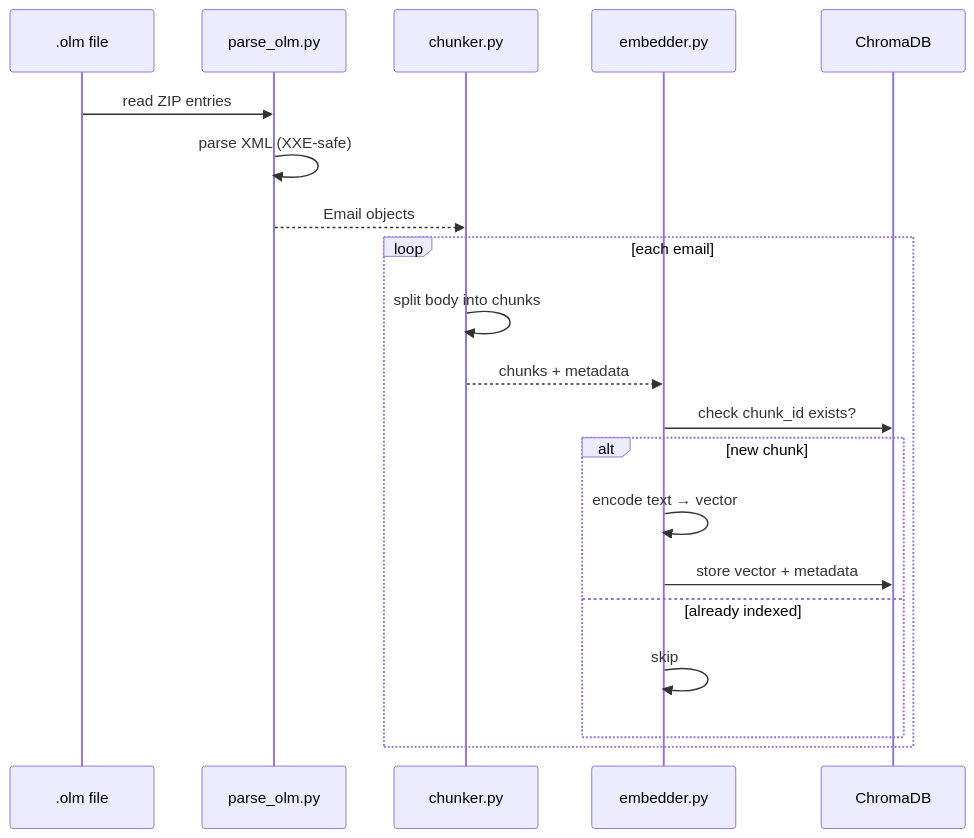
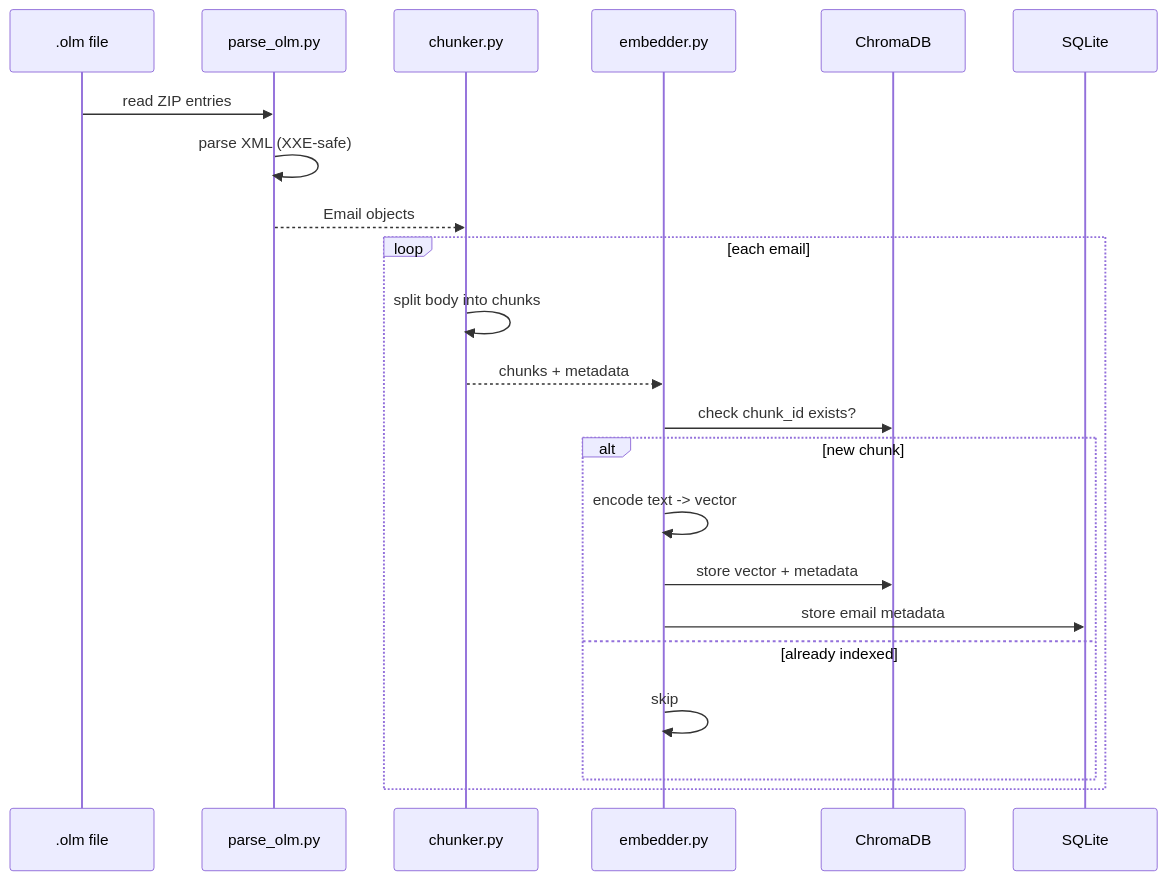
Before and after one commit to sebastianspicker/outlook-email-rag: the fourth of 4 diagrams in README.md, drawn with Mermaid. The commit also changed other lines of this file and 57 other files, not shown here.

````diff
--- a/README.md
+++ b/README.md
@@ -334,24 +825,26 @@
 ```mermaid
 sequenceDiagram
     participant Export as .olm file
     participant Parser as parse_olm.py
     participant Chunker as chunker.py
     participant Embedder as embedder.py
-    participant DB as ChromaDB
+    participant VDB as ChromaDB
+    participant SQL as SQLite
 
     Export->>Parser: read ZIP entries
     Parser->>Parser: parse XML (XXE-safe)
     Parser-->>Chunker: Email objects
 
     loop each email
         Chunker->>Chunker: split body into chunks
         Chunker-->>Embedder: chunks + metadata
-        Embedder->>DB: check chunk_id exists?
+        Embedder->>VDB: check chunk_id exists?
         alt new chunk
-            Embedder->>Embedder: encode text → vector
-            Embedder->>DB: store vector + metadata
+            Embedder->>Embedder: encode text -> vector
+            Embedder->>VDB: store vector + metadata
+            Embedder->>SQL: store email metadata
         else already indexed
             Embedder->>Embedder: skip
         end
     end
 ```
````
